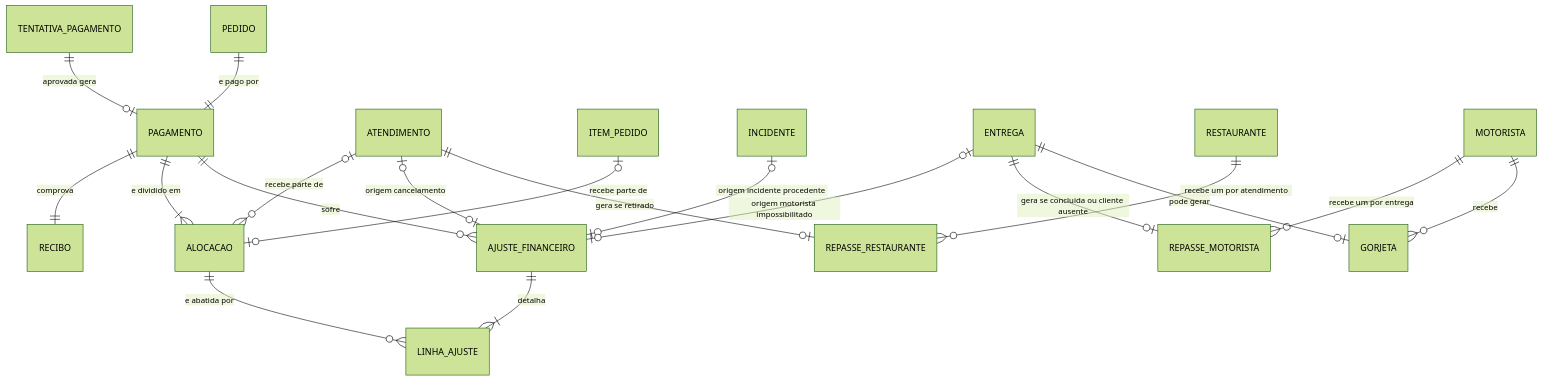
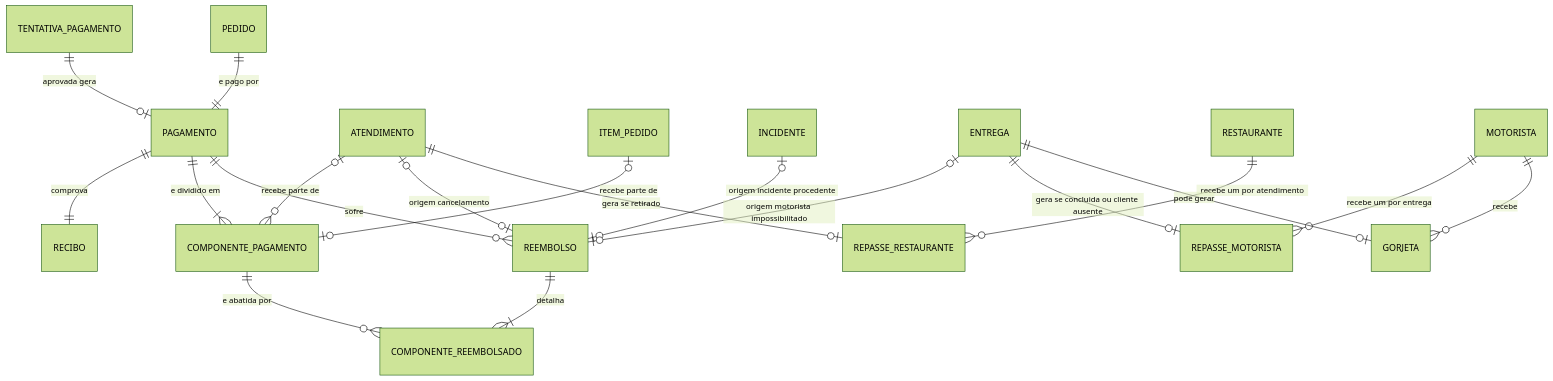
The second of 3 diagrams in shared/docs/modelagem/02-modelo-conceitual.md (jotap-rocha/uber-eats-case), drawn with Mermaid (forest theme) before and after one commit. The commit also changed other lines of this file and 1 other file, not shown here.

````diff
--- a/shared/docs/modelagem/02-modelo-conceitual.md
+++ b/shared/docs/modelagem/02-modelo-conceitual.md
@@ -73,25 +73,25 @@
 ```mermaid
 erDiagram
     TENTATIVA_PAGAMENTO ||--o| PAGAMENTO : "aprovada gera"
     PEDIDO ||--|| PAGAMENTO : "e pago por"
     PAGAMENTO ||--|| RECIBO : "comprova"
 
-    PAGAMENTO ||--|{ ALOCACAO : "e dividido em"
-    ATENDIMENTO |o--o{ ALOCACAO : "recebe parte de"
-    ITEM_PEDIDO |o--o| ALOCACAO : "recebe parte de"
+    PAGAMENTO ||--|{ COMPONENTE_PAGAMENTO : "e dividido em"
+    ATENDIMENTO |o--o{ COMPONENTE_PAGAMENTO : "recebe parte de"
+    ITEM_PEDIDO |o--o| COMPONENTE_PAGAMENTO : "recebe parte de"
 
-    PAGAMENTO ||--o{ AJUSTE_FINANCEIRO : "sofre"
-    AJUSTE_FINANCEIRO ||--|{ LINHA_AJUSTE : "detalha"
-    ALOCACAO ||--o{ LINHA_AJUSTE : "e abatida por"
-    ATENDIMENTO |o--o| AJUSTE_FINANCEIRO : "origem cancelamento"
-    INCIDENTE |o--o| AJUSTE_FINANCEIRO : "origem incidente procedente"
-    ENTREGA |o--o| AJUSTE_FINANCEIRO : "origem motorista impossibilitado"
+    PAGAMENTO ||--o{ REEMBOLSO : "sofre"
+    REEMBOLSO ||--|{ COMPONENTE_REEMBOLSADO : "detalha"
+    COMPONENTE_PAGAMENTO ||--o{ COMPONENTE_REEMBOLSADO : "e abatida por"
+    ATENDIMENTO |o--o| REEMBOLSO : "origem cancelamento"
+    INCIDENTE |o--o| REEMBOLSO : "origem incidente procedente"
+    ENTREGA |o--o| REEMBOLSO : "origem motorista impossibilitado"
 
     ATENDIMENTO ||--o| REPASSE_RESTAURANTE : "gera se retirado"
     RESTAURANTE ||--o{ REPASSE_RESTAURANTE : "recebe um por atendimento"
     ENTREGA ||--o| REPASSE_MOTORISTA : "gera se concluida ou cliente ausente"
     MOTORISTA ||--o{ REPASSE_MOTORISTA : "recebe um por entrega"
 
     ENTREGA ||--o| GORJETA : "pode gerar"
     MOTORISTA ||--o{ GORJETA : "recebe"
 ```
````
